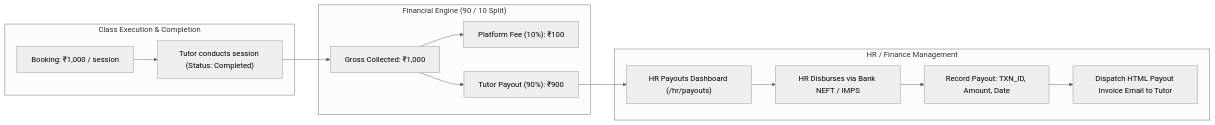
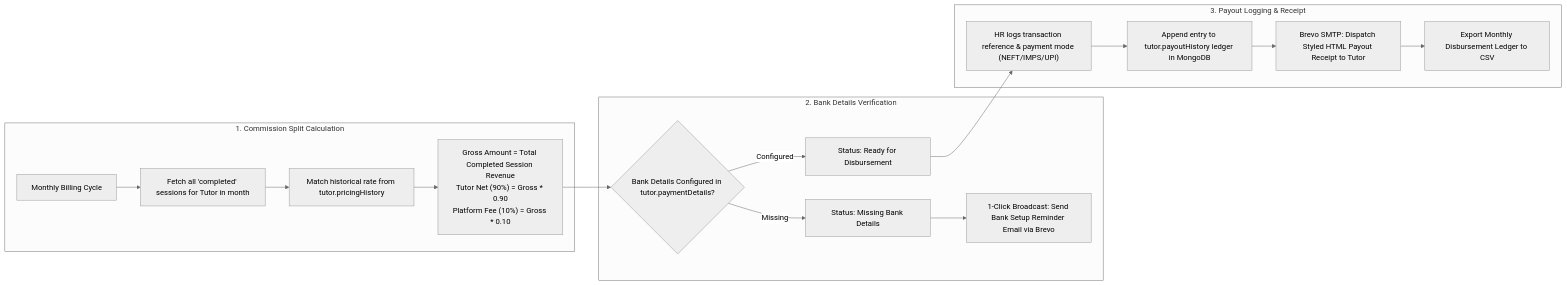
Before and after one commit to sairam0043/teach-grow-guide: the sixth of 8 diagrams in README.md, drawn with Mermaid (neutral theme). The commit also changed other lines of this file and 6 other files, not shown here.

````diff
--- a/README.md
+++ b/README.md
@@ -308,26 +334,27 @@
 ```mermaid
 flowchart LR
-    subgraph ClassExecution["Class Execution & Completion"]
-        BK["Booking: ₹1,000 / session"]
-        CMP["Tutor conducts session (Status: Completed)"]
+    subgraph Calculation["1. Commission Split Calculation"]
+        Start["Monthly Billing Cycle"]
+        Fetch["Fetch all 'completed' sessions for Tutor in month"]
+        Rate["Match historical rate from tutor.pricingHistory"]
+        Calc["Gross Amount = Total Completed Session Revenue<br/>Tutor Net (90%) = Gross * 0.90<br/>Platform Fee (10%) = Gross * 0.10"]
     end
 
-    subgraph SplitEngine["Financial Engine (90 / 10 Split)"]
-        Gross["Gross Collected: ₹1,000"]
-        Comm["Platform Fee (10%): ₹100"]
-        Net["Tutor Payout (90%): ₹900"]
+    subgraph Governance["2. Bank Details Verification"]
+        CheckBank{"Bank Details Configured in tutor.paymentDetails?"}
+        Ready["Status: Ready for Disbursement"]
+        Pending["Status: Missing Bank Details"]
+        Reminder["1-Click Broadcast: Send Bank Setup Reminder Email via Brevo"]
     end
 
-    subgraph HRPortal["HR / Finance Management"]
-        Report["HR Payouts Dashboard (/hr/payouts)"]
-        Disburse["HR Disburses via Bank NEFT / IMPS"]
-        LogTxn["Record Payout: TXN_ID, Amount, Date"]
-        Receipt["Dispatch HTML Payout Invoice Email to Tutor"]
+    subgraph Disbursement["3. Payout Logging & Receipt"]
+        Disburse["HR logs transaction reference & payment mode (NEFT/IMPS/UPI)"]
+        Save["Append entry to tutor.payoutHistory ledger in MongoDB"]
+        Receipt["Brevo SMTP: Dispatch Styled HTML Payout Receipt to Tutor"]
+        Export["Export Monthly Disbursement Ledger to CSV"]
     end
 
-    BK --> CMP --> Gross
-    Gross --> Comm
-    Gross --> Net
-    Net --> Report
-    Report --> Disburse --> LogTxn --> Receipt
+    Start --> Fetch --> Rate --> Calc --> CheckBank
+    CheckBank -->|Configured| Ready --> Disburse --> Save --> Receipt --> Export
+    CheckBank -->|Missing| Pending --> Reminder
 ```
````
